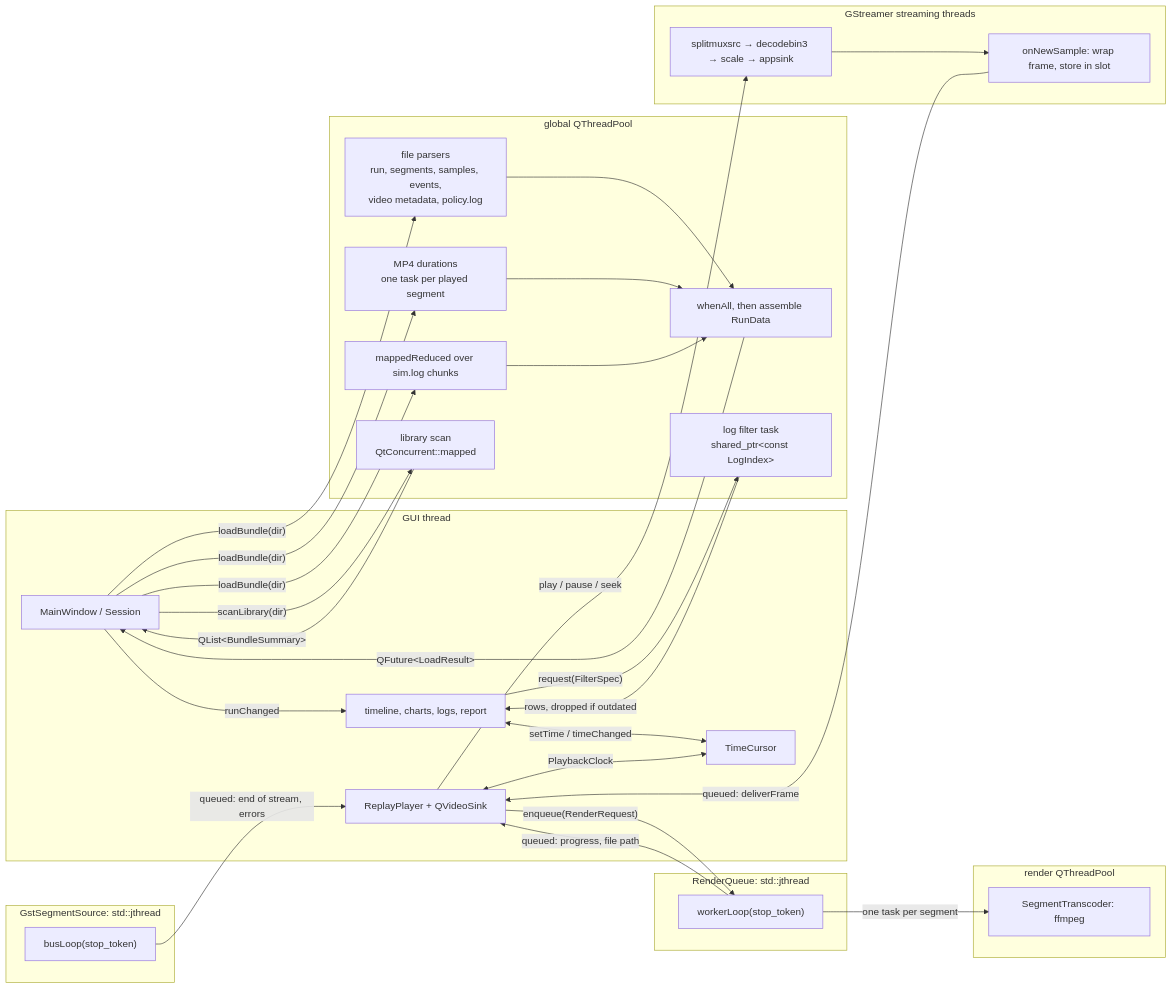
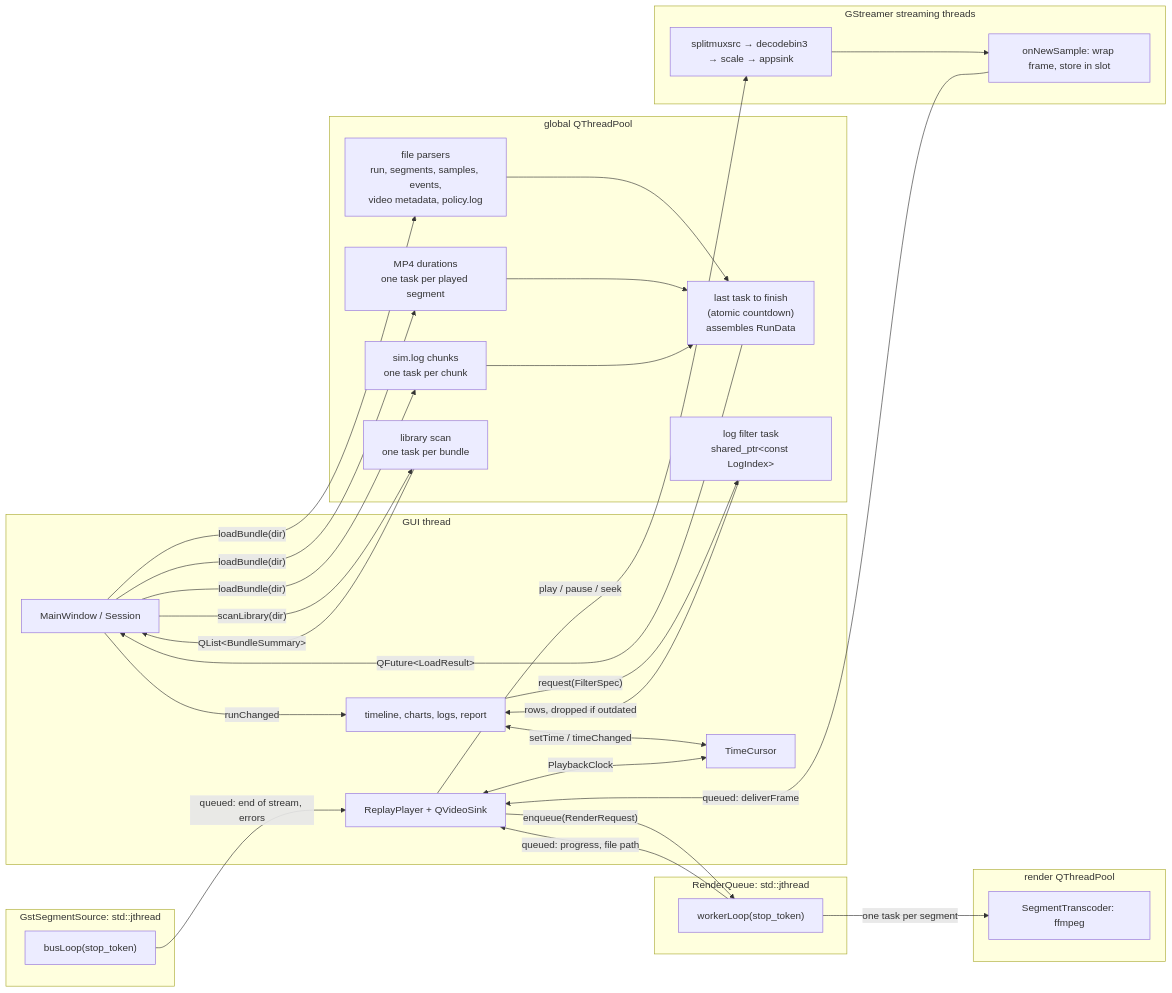
The fourth of 4 diagrams in docs/diagrams.md (muhammadadeelzahid/replay-lab), drawn with Mermaid before and after one commit. The commit also changed other lines of this file and 11 other files, not shown here.

````diff
--- a/docs/diagrams.md
+++ b/docs/diagrams.md
@@ -340,57 +348,57 @@
 ```mermaid
 flowchart LR
   subgraph GUI["GUI thread"]
     MW["MainWindow / Session"]
     CUR["TimeCursor"]
     PANELS["timeline, charts, logs, report"]
     RP["ReplayPlayer + QVideoSink"]
   end
 
   subgraph POOL["global QThreadPool"]
     FILES["file parsers<br/>run, segments, samples, events,<br/>video metadata, policy.log"]
     MP4["MP4 durations<br/>one task per played segment"]
-    SIMLOG["mappedReduced over sim.log chunks"]
-    JOIN["whenAll, then assemble RunData"]
-    SCAN["library scan<br/>QtConcurrent::mapped"]
+    SIMLOG["sim.log chunks<br/>one task per chunk"]
+    JOIN["last task to finish<br/>(atomic countdown)<br/>assembles RunData"]
+    SCAN["library scan<br/>one task per bundle"]
     FILT["log filter task<br/>shared_ptr#lt;const LogIndex#gt;"]
   end
 
   subgraph RQ["RenderQueue: std::jthread"]
     WL["workerLoop(stop_token)"]
   end
 
   subgraph RPOOL["render QThreadPool"]
     FF["SegmentTranscoder: ffmpeg"]
   end
 
   subgraph GST["GStreamer streaming threads"]
     PIPE["splitmuxsrc → decodebin3 → scale → appsink"]
     CB["onNewSample: wrap frame, store in slot"]
   end
 
   subgraph BUS["GstSegmentSource: std::jthread"]
     BL["busLoop(stop_token)"]
   end
 
   MW -- "loadBundle(dir)" --> FILES
   MW -- "loadBundle(dir)" --> MP4
   MW -- "loadBundle(dir)" --> SIMLOG
   FILES --> JOIN
   MP4 --> JOIN
   SIMLOG --> JOIN
   JOIN -- "QFuture#lt;LoadResult#gt;" --> MW
   MW -- "scanLibrary(dir)" --> SCAN
   SCAN -- "QList#lt;BundleSummary#gt;" --> MW
   MW -- "runChanged" --> PANELS
   PANELS -- "request(FilterSpec)" --> FILT
   FILT -- "rows, dropped if outdated" --> PANELS
   PANELS <-- "setTime / timeChanged" --> CUR
   RP <-- "PlaybackClock" --> CUR
   RP -- "enqueue(RenderRequest)" --> WL
   WL -- "one task per segment" --> FF
   WL -- "queued: progress, file path" --> RP
   RP -- "play / pause / seek" --> PIPE
   PIPE --> CB
   CB -- "queued: deliverFrame" --> RP
   BL -- "queued: end of stream, errors" --> RP
 ```
````
